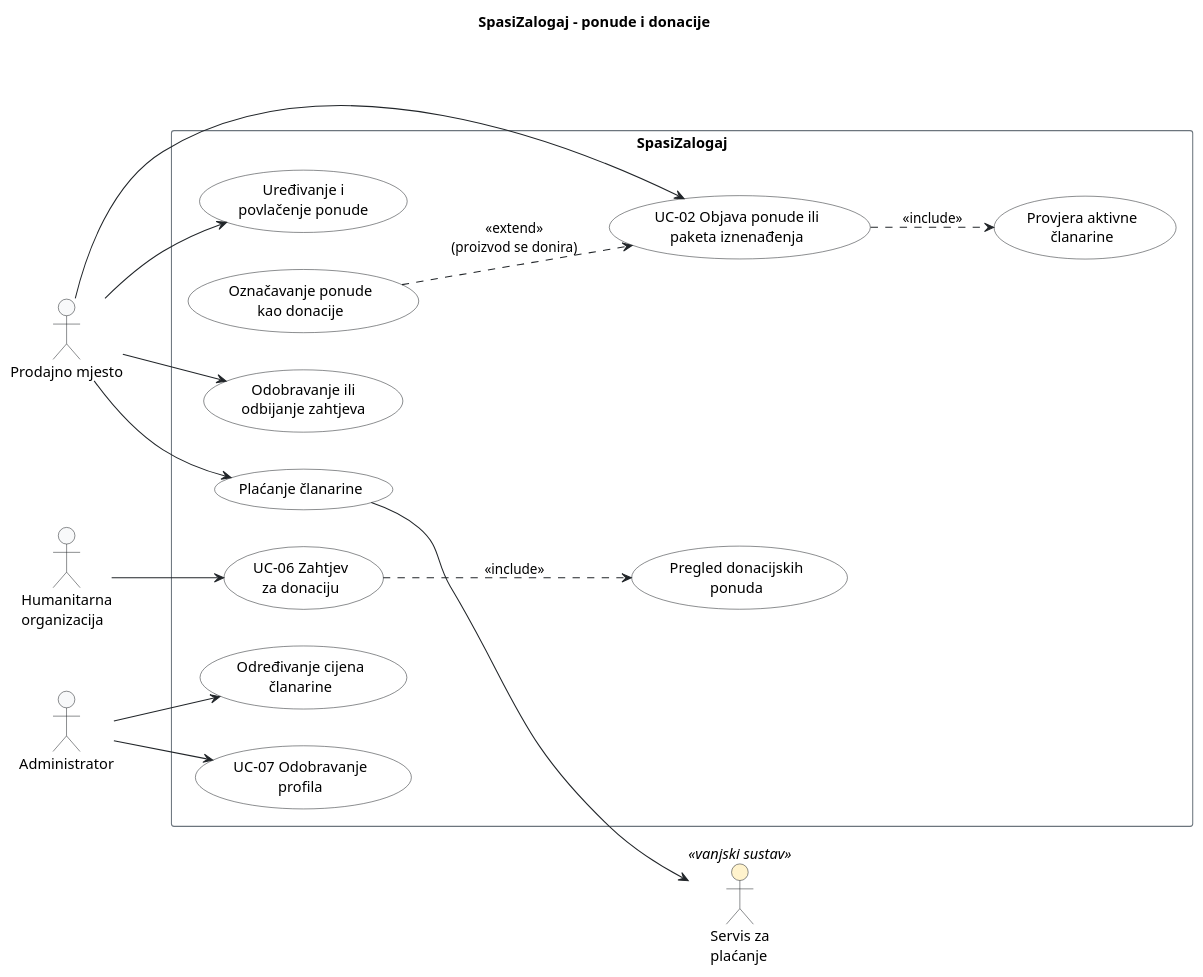
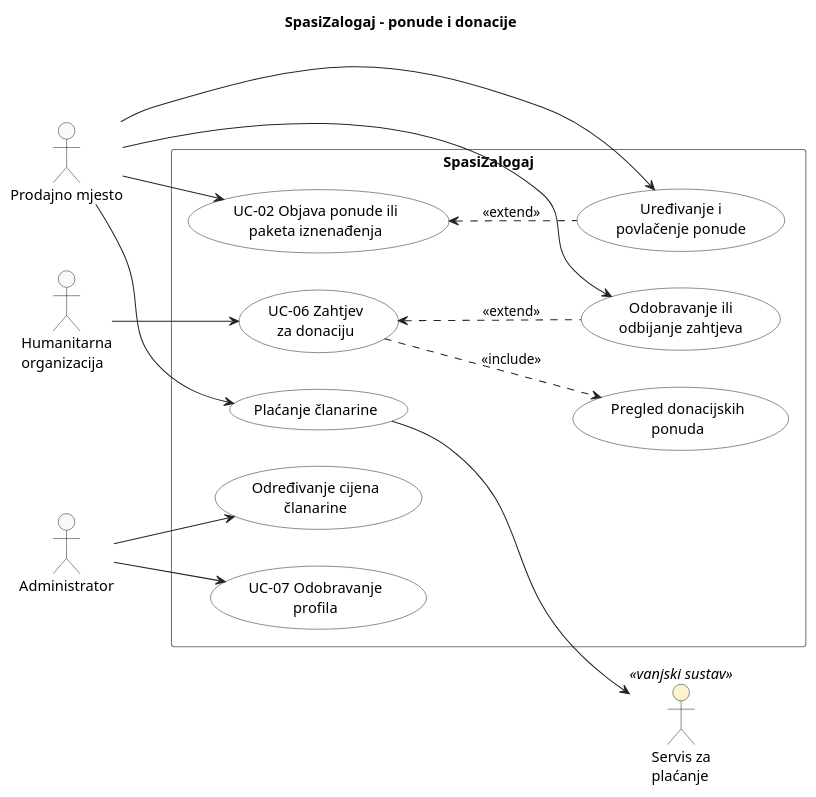
Before and after one commit to frenki1004/Menzory: the diagram in docs/puml/3-3-spasizalogaj-offers-donations-UC.puml, drawn with PlantUML. The commit also changed 2 other files, not shown here.

```diff
--- a/docs/puml/3-3-spasizalogaj-offers-donations-UC.puml
+++ b/docs/puml/3-3-spasizalogaj-offers-donations-UC.puml
@@ -14,57 +14,55 @@
 @startuml
 title SpasiZalogaj – ponude i donacije
 left to right direction
 
 skinparam shadowing false
 skinparam defaultFontName Arial
 skinparam ArrowColor #212529
 skinparam actor {
     BackgroundColor #F8F9FA
     BorderColor #212529
     BackgroundColor<<vanjski sustav>> #FFF3CD
 }
 skinparam usecase {
     BackgroundColor #FFFFFF
     BorderColor #212529
 }
 skinparam rectangle {
     BorderColor #6C757D
 }
 
 actor "Prodajno mjesto" as Prodavac
 actor "Humanitarna\norganizacija" as Org
 actor "Administrator" as Admin
 
 rectangle "SpasiZalogaj" {
     usecase "Plaćanje članarine" as UCClan
     usecase "UC-02 Objava ponude ili\npaketa iznenađenja" as UC02
-    usecase "Provjera aktivne\nčlanarine" as UCProvjera
-    usecase "Označavanje ponude\nkao donacije" as UCDonacija
     usecase "Uređivanje i\npovlačenje ponude" as UCUredi
 
     usecase "UC-06 Zahtjev\nza donaciju" as UC06
     usecase "Pregled donacijskih\nponuda" as UCPregledDon
     usecase "Odobravanje ili\nodbijanje zahtjeva" as UCOdluka
 
     usecase "UC-07 Odobravanje\nprofila" as UC07
     usecase "Određivanje cijena\nčlanarine" as UCCijene
 }
 
 actor "Servis za\nplaćanje" as Placanje <<vanjski sustav>>
 
 Prodavac --> UCClan
 Prodavac --> UC02
 Prodavac --> UCUredi
 Prodavac --> UCOdluka
 
 Org --> UC06
 
 Admin --> UC07
 Admin --> UCCijene
 
-UC02 ..> UCProvjera : <<include>>
-UCDonacija ..> UC02 : <<extend>>\n(proizvod se donira)
+UC02 <.. UCUredi : <<extend>>
 UC06 ..> UCPregledDon : <<include>>
+UC06 <.. UCOdluka : <<extend>>
 
 UCClan --> Placanje
 @enduml
```
